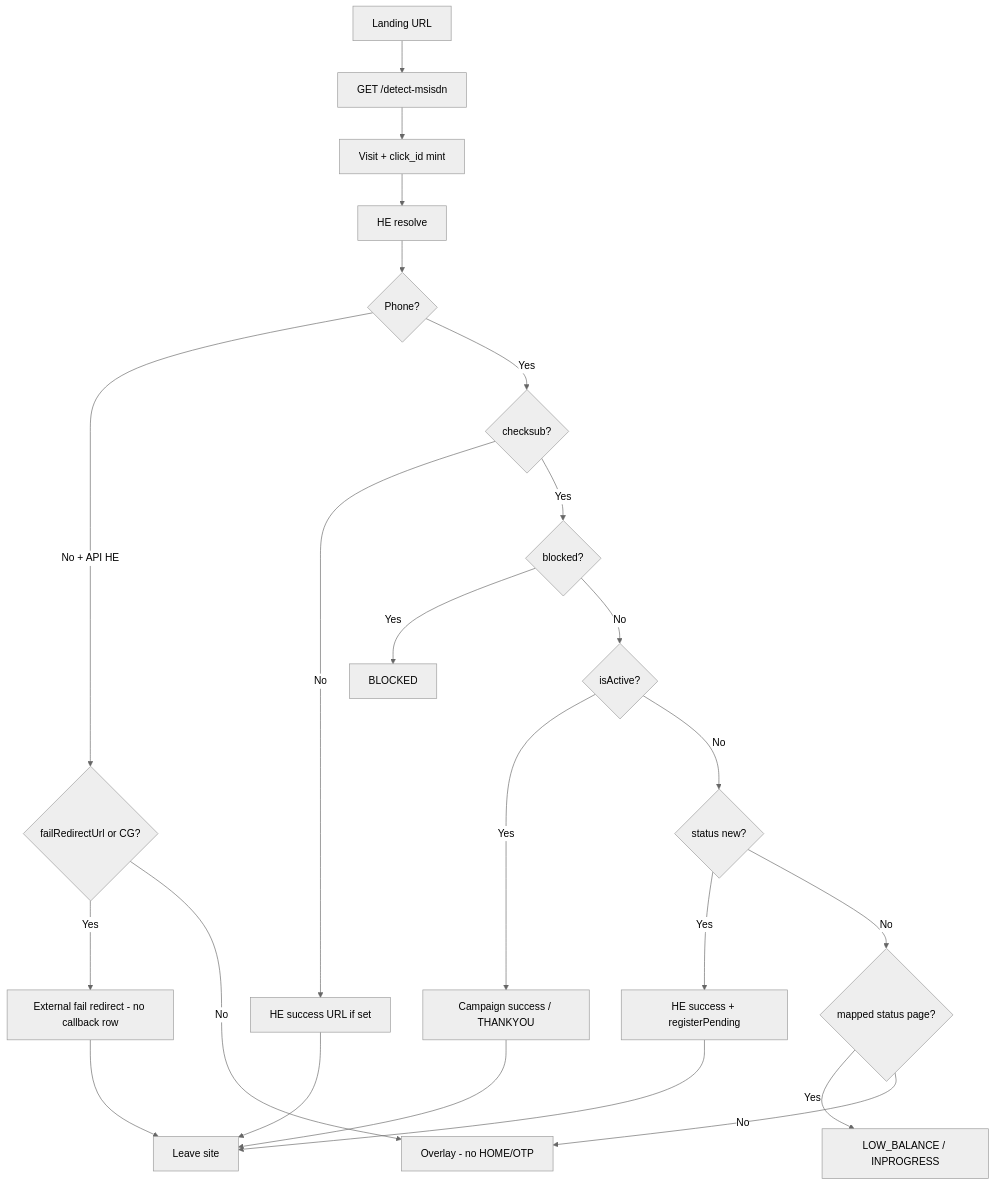
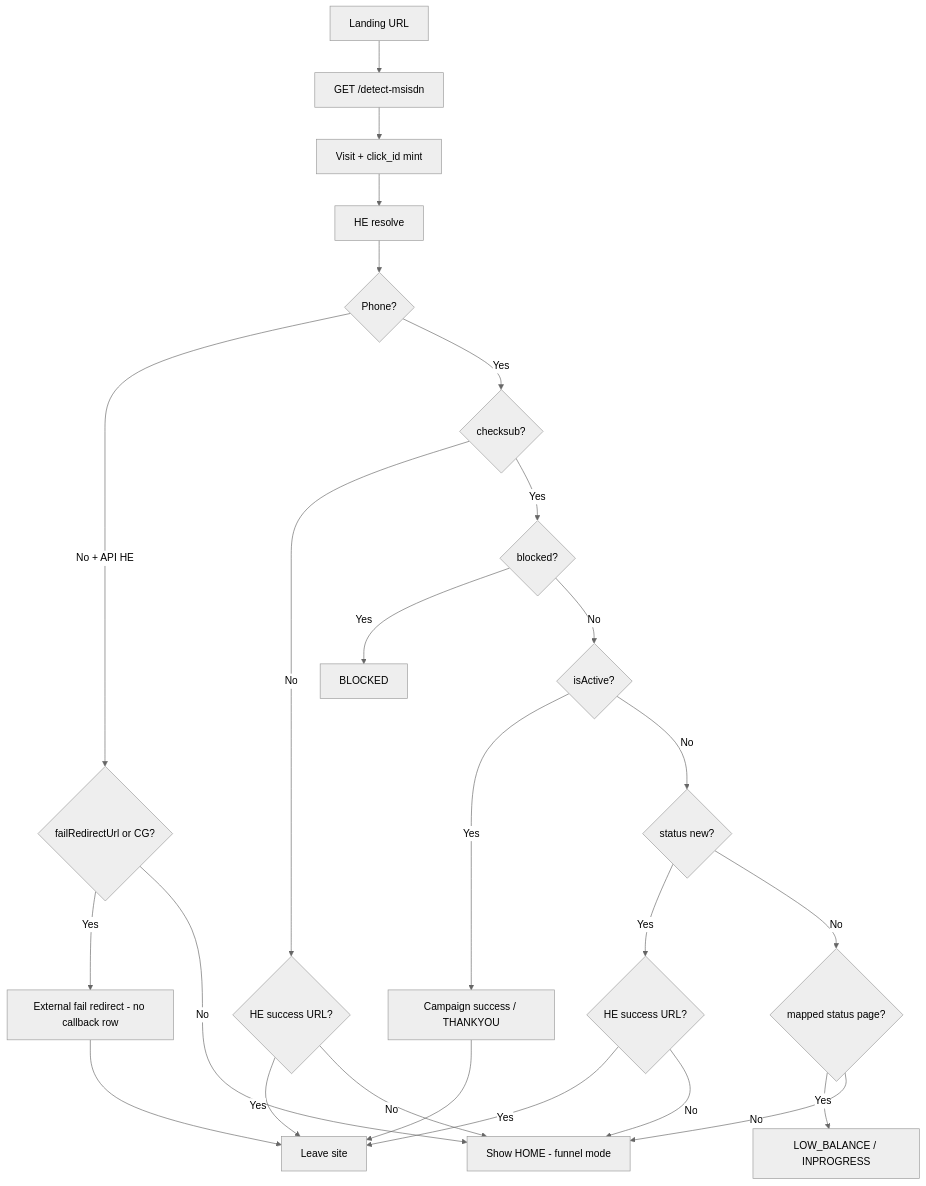
The diagram in docs/FLOW-ARCHITECTURE.md (jplitsolution/html-canvas), drawn with Mermaid (neutral theme) before and after one commit. The commit also changed other lines of this file and 14 other files, not shown here.

````diff
--- a/docs/FLOW-ARCHITECTURE.md
+++ b/docs/FLOW-ARCHITECTURE.md
@@ -529,28 +534,30 @@
 ```mermaid
 flowchart TD
   A[Landing URL] --> B[GET /detect-msisdn]
   B --> C[Visit + click_id mint]
   C --> D[HE resolve]
   D --> E{Phone?}
 
   E -->|No + API HE| F{failRedirectUrl or CG?}
   F -->|Yes| G[External fail redirect - no callback row]
-  F -->|No| H[Overlay - no HOME/OTP]
+  F -->|No| H[Show HOME - funnel mode]
 
   E -->|Yes| I{checksub?}
-  I -->|No| J[HE success URL if set]
+  I -->|No| J{HE success URL?}
+  J -->|Yes| S[Leave site]
+  J -->|No| H
   I -->|Yes| K{blocked?}
   K -->|Yes| L[BLOCKED]
   K -->|No| M{isActive?}
   M -->|Yes| N[Campaign success / THANKYOU]
   M -->|No| O{status new?}
-  O -->|Yes| P[HE success + registerPending]
+  O -->|Yes| P{HE success URL?}
+  P -->|Yes| S
+  P -->|No| H
   O -->|No| Q{mapped status page?}
   Q -->|Yes| R[LOW_BALANCE / INPROGRESS]
   Q -->|No| H
 
-  G --> S[Leave site]
+  G --> S
   N --> S
-  P --> S
-  J --> S
 ```
````
